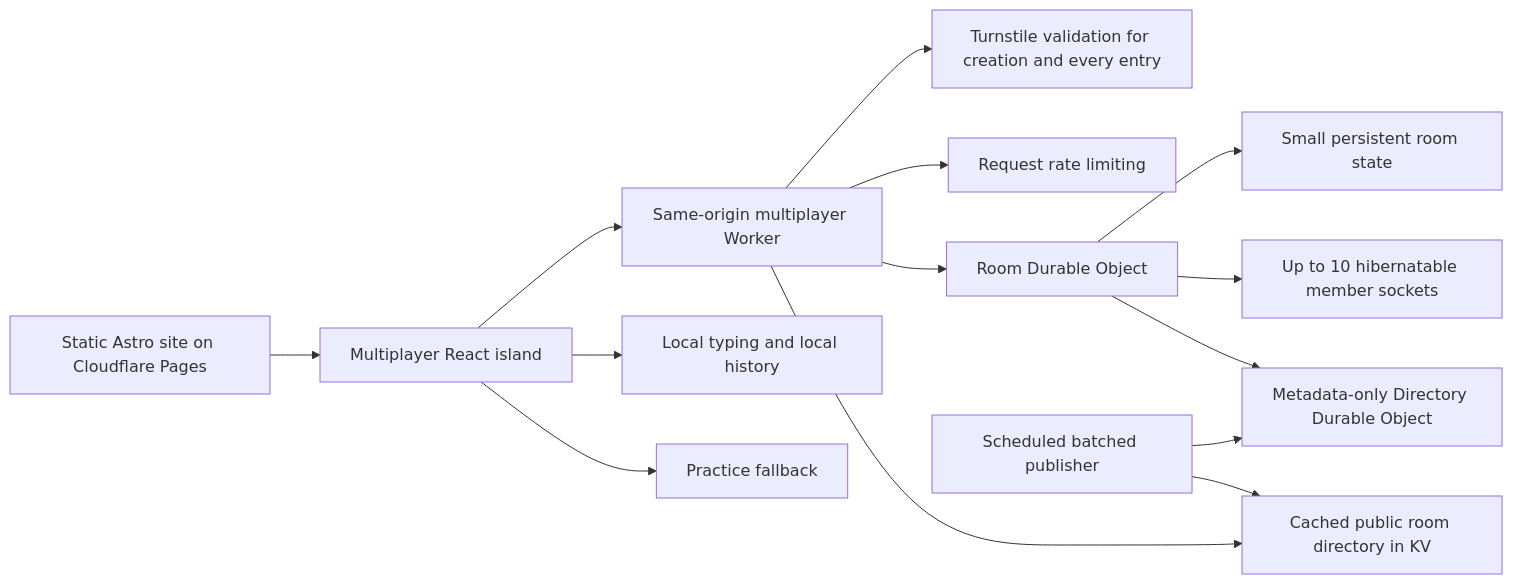
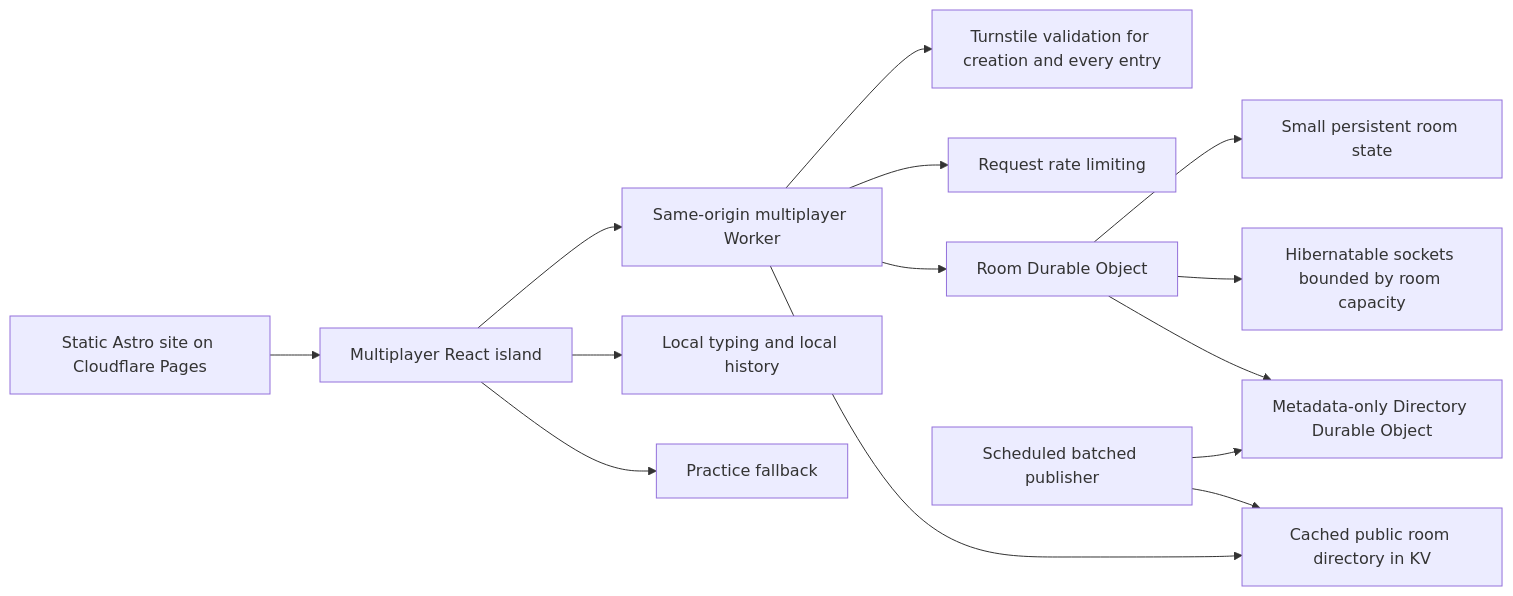
The first of 2 diagrams in plan/research/durable-objects-multiplayer/architecture.md (VivekGupta137/ninjatype), drawn with Mermaid before and after one commit. The commit also changed other lines of this file and 32 other files, not shown here.

````diff
--- a/plan/research/durable-objects-multiplayer/architecture.md
+++ b/plan/research/durable-objects-multiplayer/architecture.md
@@ -26,16 +26,16 @@
 ```mermaid
 flowchart LR
     P[Static Astro site on Cloudflare Pages] --> M[Multiplayer React island]
     M --> G[Same-origin multiplayer Worker]
     G --> T[Turnstile validation for creation and every entry]
     G --> R[Request rate limiting]
     G --> A[Room Durable Object]
     A --> S[Small persistent room state]
-    A --> W[Up to 10 hibernatable member sockets]
+    A --> W[Hibernatable sockets bounded by room capacity]
     G --> K[Cached public room directory in KV]
     A --> D[Metadata-only Directory Durable Object]
     C[Scheduled batched publisher] --> D
     C --> K
     M --> L[Local typing and local history]
     M --> F[Practice fallback]
 ```
````
